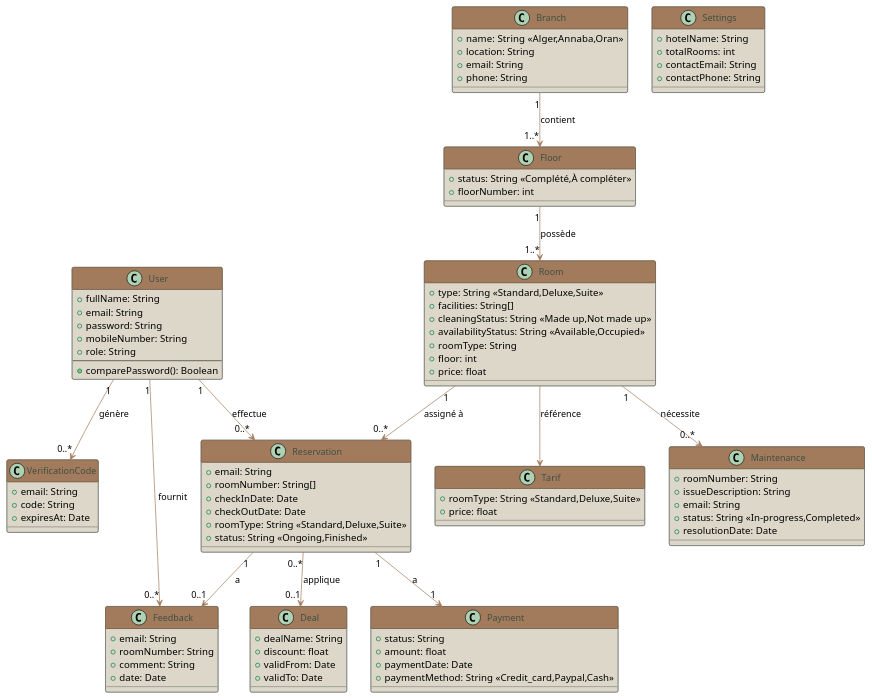
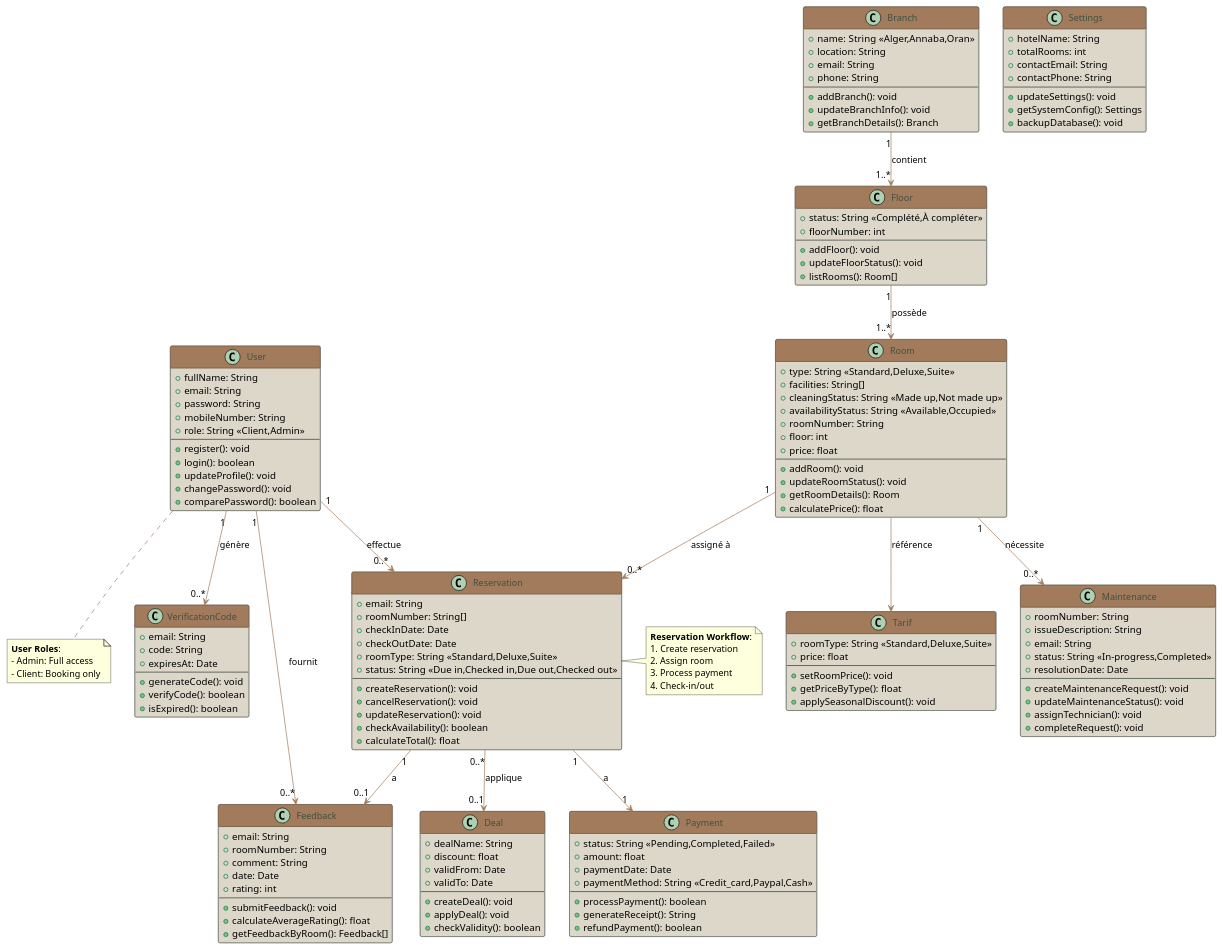
One commit to jafar-ab1/projet-2cp changed the diagram in UMLdiagramH.puml. Above: the diagram before and after it, drawn with PlantUML. The commit also changed other lines of this file, not shown here.

Commit message:
diagram mchi sahl

```diff
--- a/UMLdiagramH.puml
+++ b/UMLdiagramH.puml
@@ -1,120 +1,181 @@
 @startuml HotelManagementSystem
-
 skinparam class {
     BackgroundColor #DCD7C9
     BorderColor #2C3930
     ArrowColor #A27B5C
     FontColor #3F4F44
     FontSize 13
     HeaderBackgroundColor #A27B5C
     HeaderFontColor #DCD7C9
 }
 
 ' ====== MAIN ENTITIES ======
 class User {
     + fullName: String
     + email: String
     + password: String
     + mobileNumber: String
-    + role: String
-    ' Possible values: Client, Admin
+    + role: String <<Client,Admin>>
     --
-    + comparePassword(): Boolean
+    + register(): void
+    + login(): boolean
+    + updateProfile(): void
+    + changePassword(): void
+    + comparePassword(): boolean
 }
 
 class VerificationCode {
     + email: String
     + code: String
     + expiresAt: Date
+    --
+    + generateCode(): void
+    + verifyCode(): boolean
+    + isExpired(): boolean
 }
 
 class Branch {
     + name: String <<Alger,Annaba,Oran>>
     + location: String
     + email: String
     + phone: String
+    --
+    + addBranch(): void
+    + updateBranchInfo(): void
+    + getBranchDetails(): Branch
 }
 
 class Floor {
     + status: String <<Complété,À compléter>>
     + floorNumber: int
+    --
+    + addFloor(): void
+    + updateFloorStatus(): void
+    + listRooms(): Room[]
 }
 
 class Room {
     + type: String <<Standard,Deluxe,Suite>>
     + facilities: String[]
     + cleaningStatus: String <<Made up,Not made up>>
     + availabilityStatus: String <<Available,Occupied>>
-    + roomType: String
+    + roomNumber: String
     + floor: int
     + price: float
+    --
+    + addRoom(): void
+    + updateRoomStatus(): void
+    + getRoomDetails(): Room
+    + calculatePrice(): float
 }
 
 class Tarif {
     + roomType: String <<Standard,Deluxe,Suite>>
     + price: float
+    --
+    + setRoomPrice(): void
+    + getPriceByType(): float
+    + applySeasonalDiscount(): void
 }
 
 class Reservation {
     + email: String
     + roomNumber: String[]
     + checkInDate: Date
     + checkOutDate: Date
     + roomType: String <<Standard,Deluxe,Suite>>
-    + status: String <<Ongoing,Finished>>
-    ' Possible values: Due in, Checked in, Due out, Checked out
+    + status: String <<Due in,Checked in,Due out,Checked out>>
+    --
+    + createReservation(): void
+    + cancelReservation(): void
+    + updateReservation(): void
+    + checkAvailability(): boolean
+    + calculateTotal(): float
 }
 
 class Payment {
-    + status: String
-    ' Possible values: In-progress, Completed
+    + status: String <<Pending,Completed,Failed>>
     + amount: float
     + paymentDate: Date
     + paymentMethod: String <<Credit_card,Paypal,Cash>>
+    --
+    + processPayment(): boolean
+    + generateReceipt(): String
+    + refundPayment(): boolean
 }
 
 ' ====== OPERATIONS ======
-
 class Maintenance {
     + roomNumber: String
     + issueDescription: String
     + email: String
     + status: String <<In-progress,Completed>>
     + resolutionDate: Date
+    --
+    + createMaintenanceRequest(): void
+    + updateMaintenanceStatus(): void
+    + assignTechnician(): void
+    + completeRequest(): void
 }
-
 
 class Feedback {
     + email: String
     + roomNumber: String
     + comment: String
     + date: Date
+    + rating: int
+    --
+    + submitFeedback(): void
+    + calculateAverageRating(): float
+    + getFeedbackByRoom(): Feedback[]
 }
 
 class Settings {
     + hotelName: String
     + totalRooms: int
     + contactEmail: String
     + contactPhone: String
+    --
+    + updateSettings(): void
+    + getSystemConfig(): Settings
+    + backupDatabase(): void
 }
 
 class Deal {
     + dealName: String
     + discount: float
     + validFrom: Date
     + validTo: Date
+    --
+    + createDeal(): void
+    + applyDeal(): void
+    + checkValidity(): boolean
 }
 
 ' ====== RELATIONSHIPS ======
 User "1" --> "0..*" VerificationCode : génère
 Branch "1" --> "1..*" Floor : contient
 Floor "1" --> "1..*" Room : possède
 Room --> Tarif : référence
 User "1" --> "0..*" Reservation : effectue
 Room "1" --> "0..*" Reservation : assigné à
 Reservation "1" --> "1" Payment : a
 Reservation "0..*" --> "0..1" Deal : applique
 Room "1" --> "0..*" Maintenance : nécessite
 User "1" --> "0..*" Feedback : fournit
 Reservation "1" --> "0..1" Feedback : a
+
+note right of Reservation
+  **Reservation Workflow**:
+  1. Create reservation
+  2. Assign room
+  3. Process payment
+  4. Check-in/out
+end note
+
+note bottom of User
+  **User Roles**:
+  - Admin: Full access
+  - Client: Booking only
+end note
 @enduml
```
